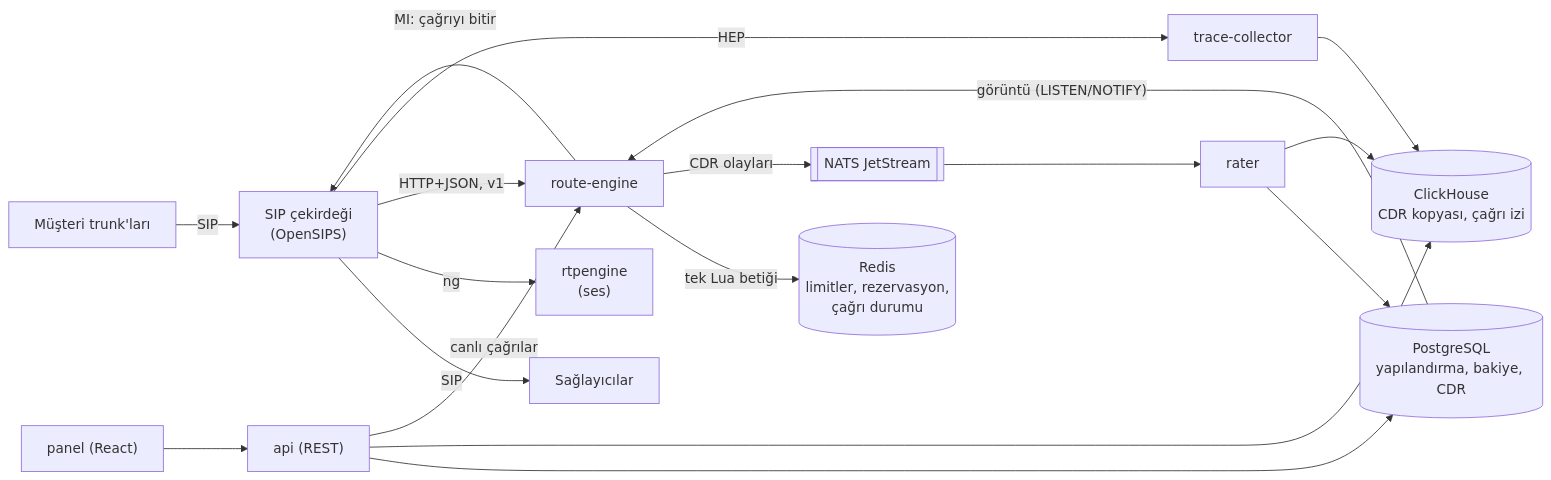
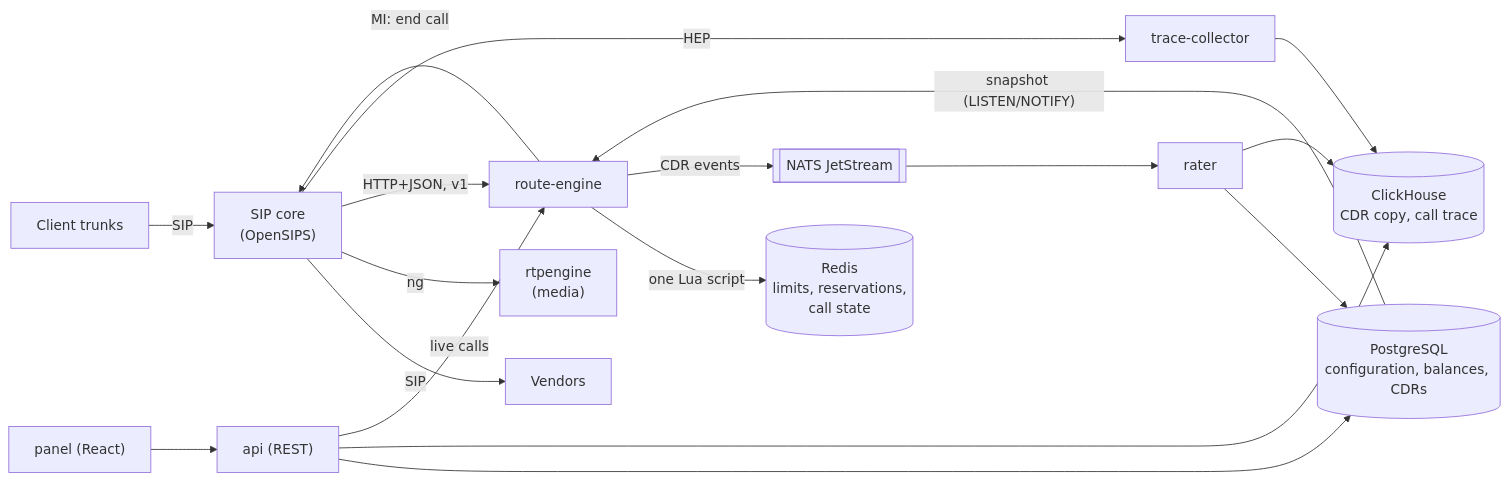
Before and after one commit to peritotr/telrics-switch: the diagram in README.md, drawn with Mermaid. The commit also changed other lines of this file and 73 other files, not shown here.

````diff
--- a/README.md
+++ b/README.md
@@ -56,20 +70,20 @@
 ```mermaid
 flowchart LR
-  callers["Müşteri trunk'ları"] -- SIP --> sip["SIP çekirdeği<br/>(OpenSIPS)"]
-  sip -- SIP --> vendors["Sağlayıcılar"]
-  sip -- "ng" --> rtp["rtpengine<br/>(ses)"]
+  callers["Client trunks"] -- SIP --> sip["SIP core<br/>(OpenSIPS)"]
+  sip -- SIP --> vendors["Vendors"]
+  sip -- "ng" --> rtp["rtpengine<br/>(media)"]
   sip -- "HTTP+JSON, v1" --> engine["route-engine"]
-  engine -- "MI: çağrıyı bitir" --> sip
-  engine -- "tek Lua betiği" --> redis[("Redis<br/>limitler, rezervasyon,<br/>çağrı durumu")]
-  engine -- "CDR olayları" --> nats[["NATS JetStream"]]
+  engine -- "MI: end call" --> sip
+  engine -- "one Lua script" --> redis[("Redis<br/>limits, reservations,<br/>call state")]
+  engine -- "CDR events" --> nats[["NATS JetStream"]]
   nats --> rater["rater"]
-  rater --> pg[("PostgreSQL<br/>yapılandırma, bakiye, CDR")]
-  rater --> ch[("ClickHouse<br/>CDR kopyası, çağrı izi")]
-  pg -- "görüntü (LISTEN/NOTIFY)" --> engine
+  rater --> pg[("PostgreSQL<br/>configuration, balances, CDRs")]
+  rater --> ch[("ClickHouse<br/>CDR copy, call trace")]
+  pg -- "snapshot (LISTEN/NOTIFY)" --> engine
   sip -- HEP --> tc["trace-collector"]
   tc --> ch
   panel["panel (React)"] --> api["api (REST)"]
   api --> pg
   api --> ch
-  api -- "canlı çağrılar" --> engine
+  api -- "live calls" --> engine
 ```
````
